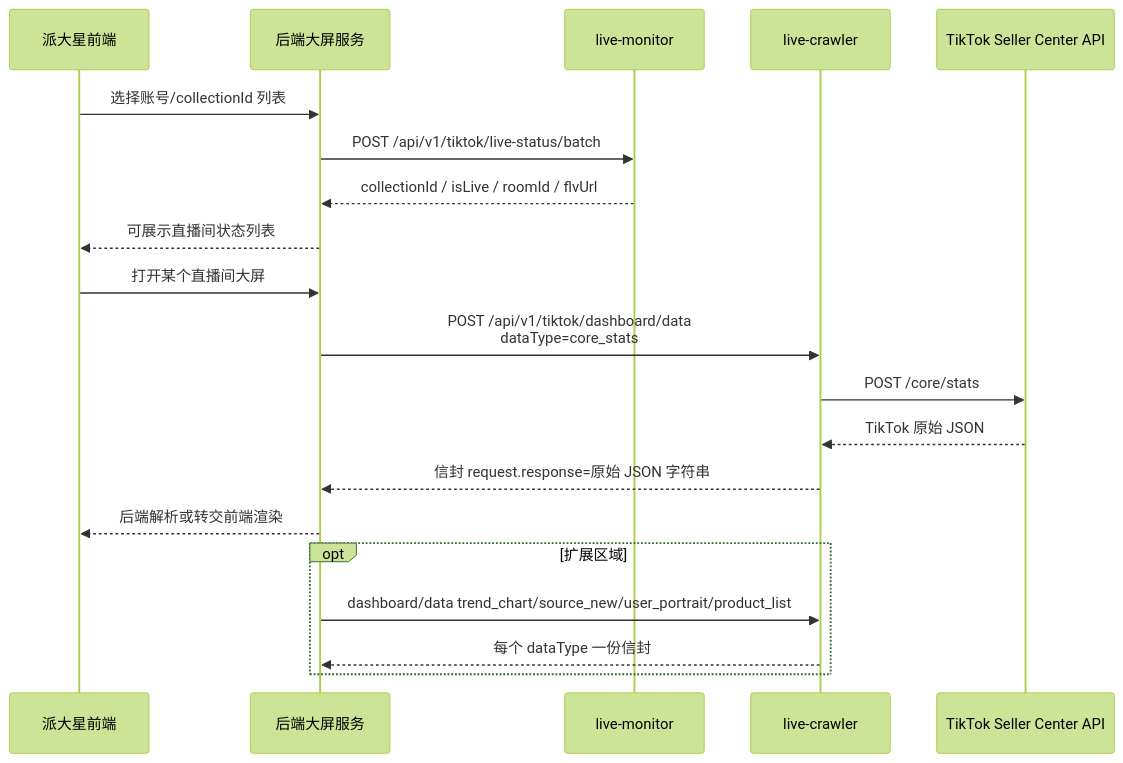
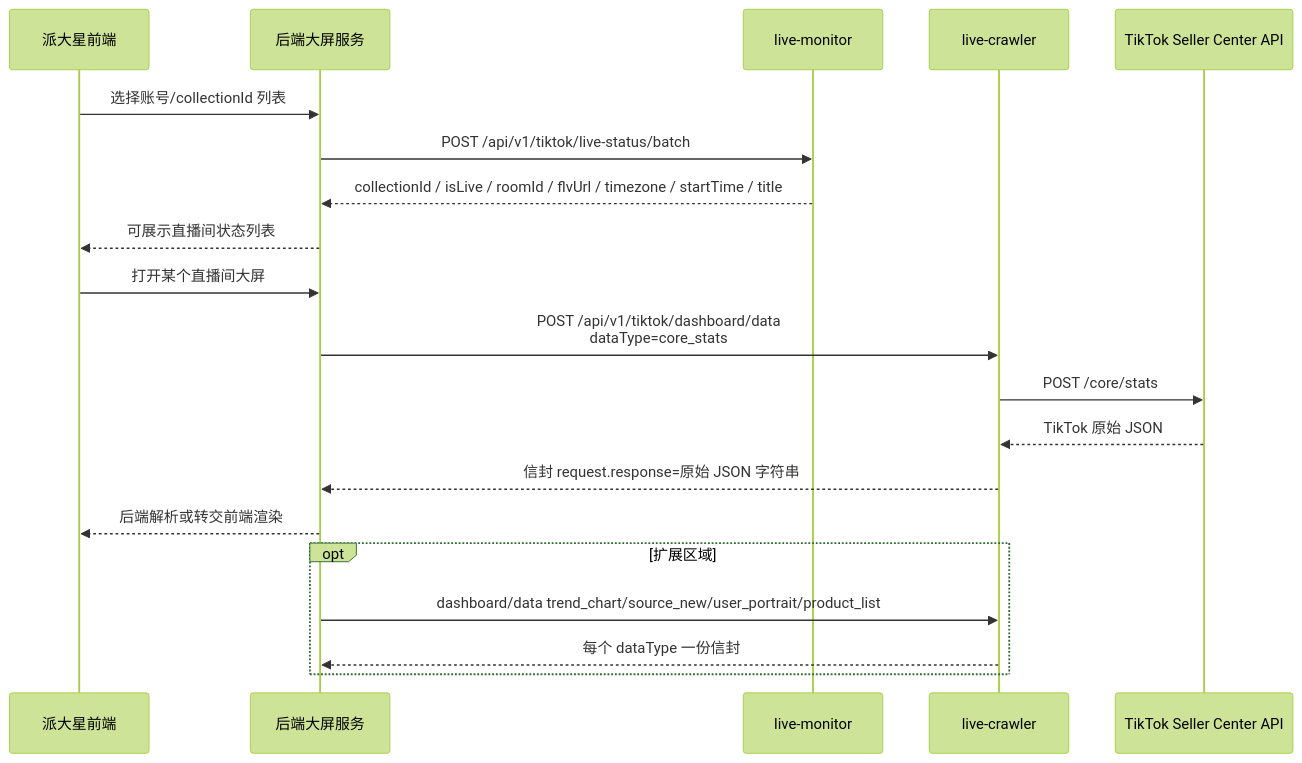
One commit to Tec-Do-bw/live-platform changed the second of 3 diagrams in docs/research/tiktok-live-dashboard-apis/feishu-dashboard-api-doc.md. Above: the diagram before and after it, drawn with Mermaid (forest theme). The commit also changed other lines of this file and 2 other files, not shown here.

````diff
--- a/docs/research/tiktok-live-dashboard-apis/feishu-dashboard-api-doc.md
+++ b/docs/research/tiktok-live-dashboard-apis/feishu-dashboard-api-doc.md
@@ -90,25 +90,25 @@
 ```mermaid
 sequenceDiagram
   participant FE as 派大星前端
   participant BE as 后端大屏服务
   participant LM as live-monitor
   participant LC as live-crawler
   participant TK as TikTok Seller Center API
 
   FE->>BE: 选择账号/collectionId 列表
   BE->>LM: POST /api/v1/tiktok/live-status/batch
-  LM-->>BE: collectionId / isLive / roomId / flvUrl
+  LM-->>BE: collectionId / isLive / roomId / flvUrl / timezone / startTime / title
   BE-->>FE: 可展示直播间状态列表
 
   FE->>BE: 打开某个直播间大屏
   BE->>LC: POST /api/v1/tiktok/dashboard/data<br/>dataType=core_stats
   LC->>TK: POST /core/stats
   TK-->>LC: TikTok 原始 JSON
   LC-->>BE: 信封 request.response=原始 JSON 字符串
   BE-->>FE: 后端解析或转交前端渲染
 
   opt 扩展区域
     BE->>LC: dashboard/data trend_chart/source_new/user_portrait/product_list
     LC-->>BE: 每个 dataType 一份信封
   end
 ```
````
